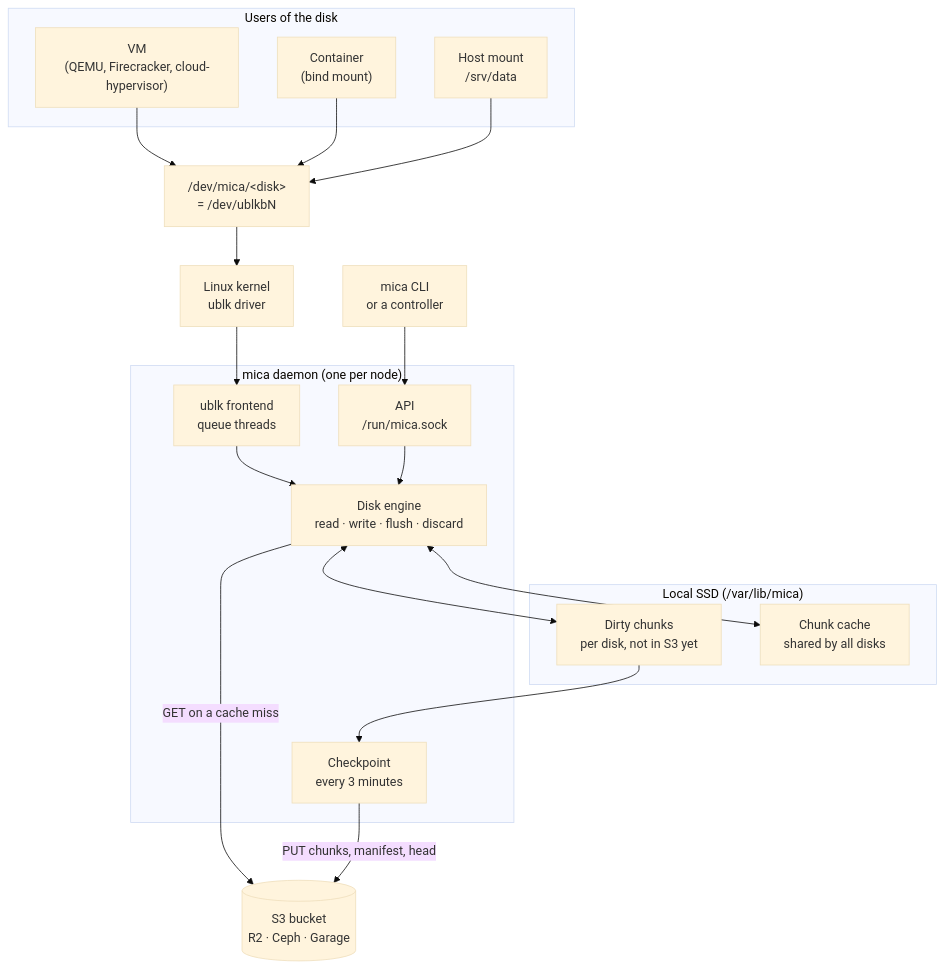
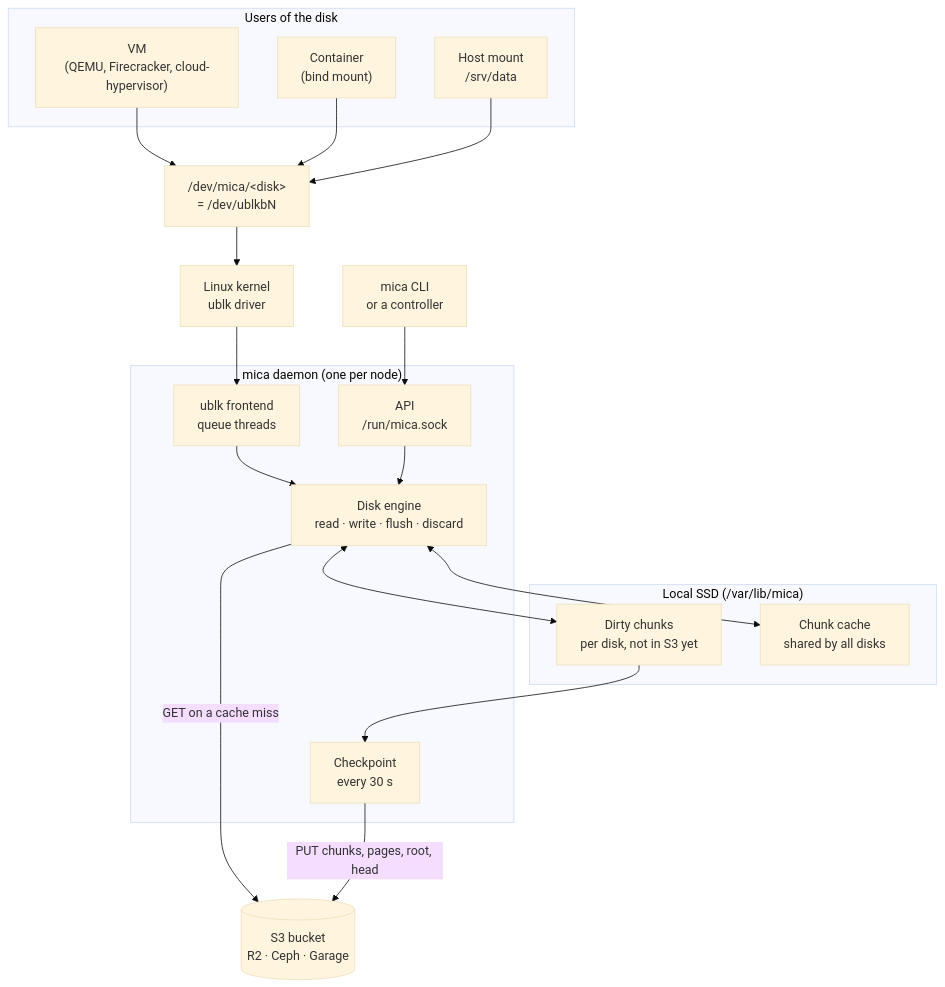
Before and after one commit to tanmoysrt/mica: the first of 10 diagrams in docs/architecture.md, drawn with Mermaid (base theme). The commit also changed other lines of this file and 38 other files, not shown here.

````diff
--- a/docs/architecture.md
+++ b/docs/architecture.md
@@ -9,34 +9,34 @@
 ```mermaid
 flowchart TB
     subgraph users["Users of the disk"]
         vm["VM<br/>(QEMU, Firecracker, cloud-hypervisor)"]
         ct["Container<br/>(bind mount)"]
         host["Host mount<br/>/srv/data"]
     end
 
     dev["/dev/mica/&lt;disk&gt;<br/>= /dev/ublkbN"]
     kernel["Linux kernel<br/>ublk driver"]
 
     subgraph daemon["mica daemon (one per node)"]
         frontend["ublk frontend<br/>queue threads"]
         engine["Disk engine<br/>read · write · flush · discard"]
-        checkpoint["Checkpoint<br/>every 3 minutes"]
+        checkpoint["Checkpoint<br/>every 30 s"]
         api["API<br/>/run/mica.sock"]
     end
 
     subgraph ssd["Local SSD (/var/lib/mica)"]
         dirty["Dirty chunks<br/>per disk, not in S3 yet"]
         cache["Chunk cache<br/>shared by all disks"]
     end
 
     s3[("S3 bucket<br/>R2 · Ceph · Garage")]
     cli["mica CLI<br/>or a controller"]
 
     vm & ct & host --> dev --> kernel --> frontend --> engine
     engine <--> dirty
     engine <--> cache
     engine -- "GET on a cache miss" --> s3
-    checkpoint -- "PUT chunks, manifest, head" --> s3
+    checkpoint -- "PUT chunks, pages, root, head" --> s3
     dirty --> checkpoint
     cli --> api --> engine
 ```
````
